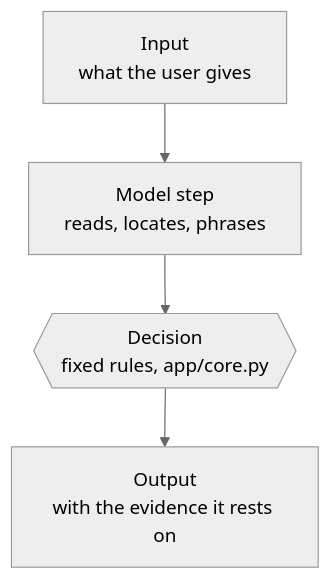
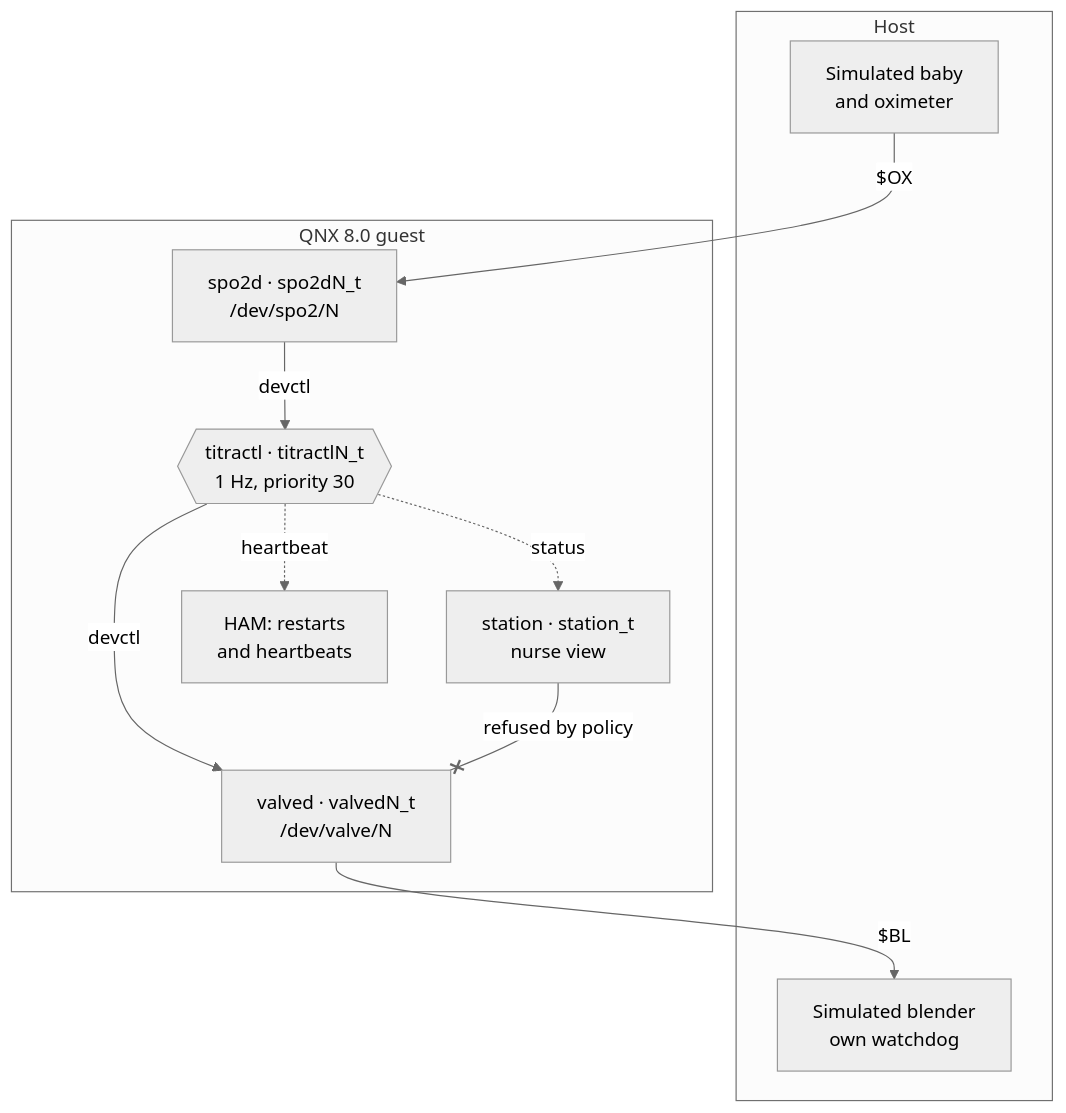
One commit to Marc-Dvci/Titra changed the diagram in docs/architecture.mmd. Above: the diagram before and after it, drawn with Mermaid (neutral theme). The commit also changed 34 other files, not shown here.

```diff
--- a/docs/architecture.mmd
+++ b/docs/architecture.mmd
@@ -1,6 +1,20 @@
 %% Source of docs/architecture.png, the diagram in the README. Rebuild: python scripts/render_diagram.py
-%% TEMPLATE: replace with the project's own flow; mark where models read and where code decides.
 flowchart TD
-    A["Input<br/>what the user gives"] --> B["Model step<br/>reads, locates, phrases"]
-    B --> C{{"Decision<br/>fixed rules, app/core.py"}}
-    C --> D["Output<br/>with the evidence it rests on"]
+    subgraph HOST["Host"]
+        OX["Simulated baby<br/>and oximeter"]
+        BL["Simulated blender<br/>own watchdog"]
+    end
+    subgraph QNX["QNX 8.0 guest"]
+        SPO2["spo2d · spo2dN_t<br/>/dev/spo2/N"]
+        CTL{{"titractl · titractlN_t<br/>1 Hz, priority 30"}}
+        VALVE["valved · valvedN_t<br/>/dev/valve/N"]
+        STATION["station · station_t<br/>nurse view"]
+        HAM["HAM: restarts<br/>and heartbeats"]
+    end
+    OX -- "$OX" --> SPO2
+    SPO2 -- "devctl" --> CTL
+    CTL -- "devctl" --> VALVE
+    VALVE -- "$BL" --> BL
+    CTL -. "status" .-> STATION
+    CTL -. "heartbeat" .-> HAM
+    STATION -- "refused by policy" --x VALVE
```
